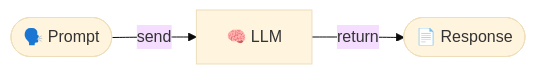
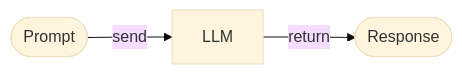
The first of 8 diagrams in 01-foundations/workshop.md (agenticloops-ai/agentic-ai-engineering), drawn with Mermaid (base theme) before and after one commit. The commit also changed other lines of this file, not shown here.

````diff
--- a/01-foundations/workshop.md
+++ b/01-foundations/workshop.md
@@ -229,5 +41,5 @@
 ```mermaid
 flowchart LR
-    U([🗣️ Prompt]) -->|send| L[🧠 LLM]
-    L -->|return| O([📄 Response])
+    U([Prompt]) -->|send| L[LLM]
+    L -->|return| O([Response])
 ```
````
